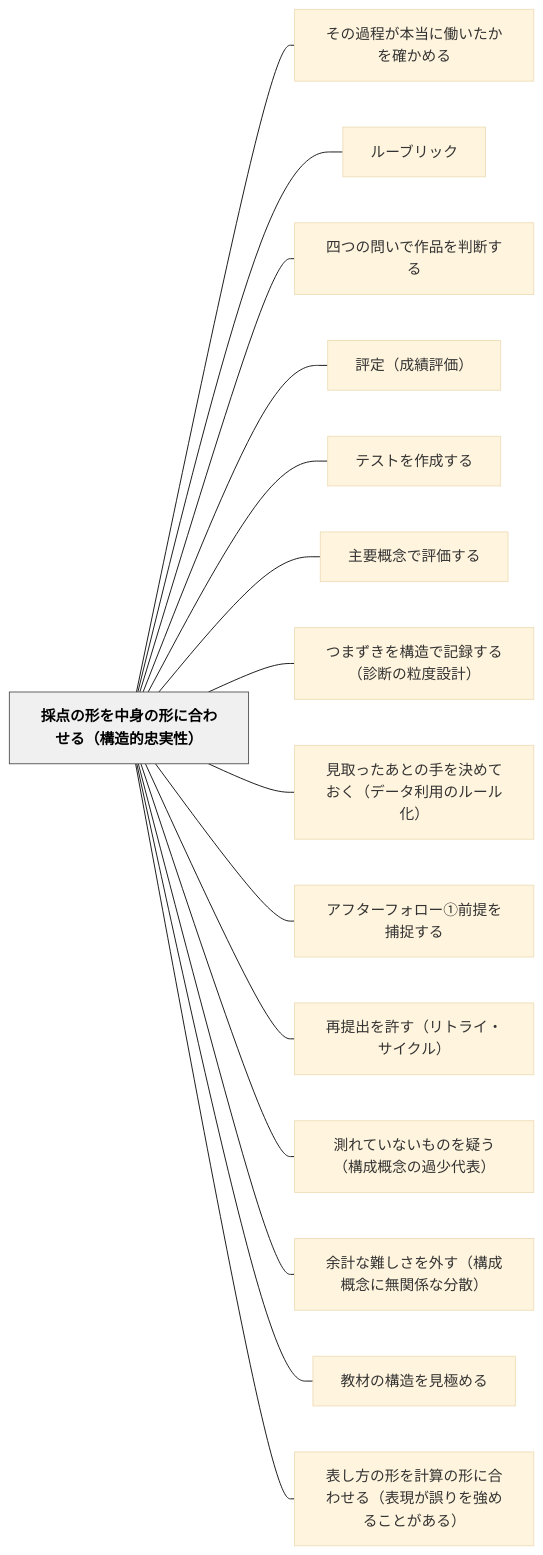
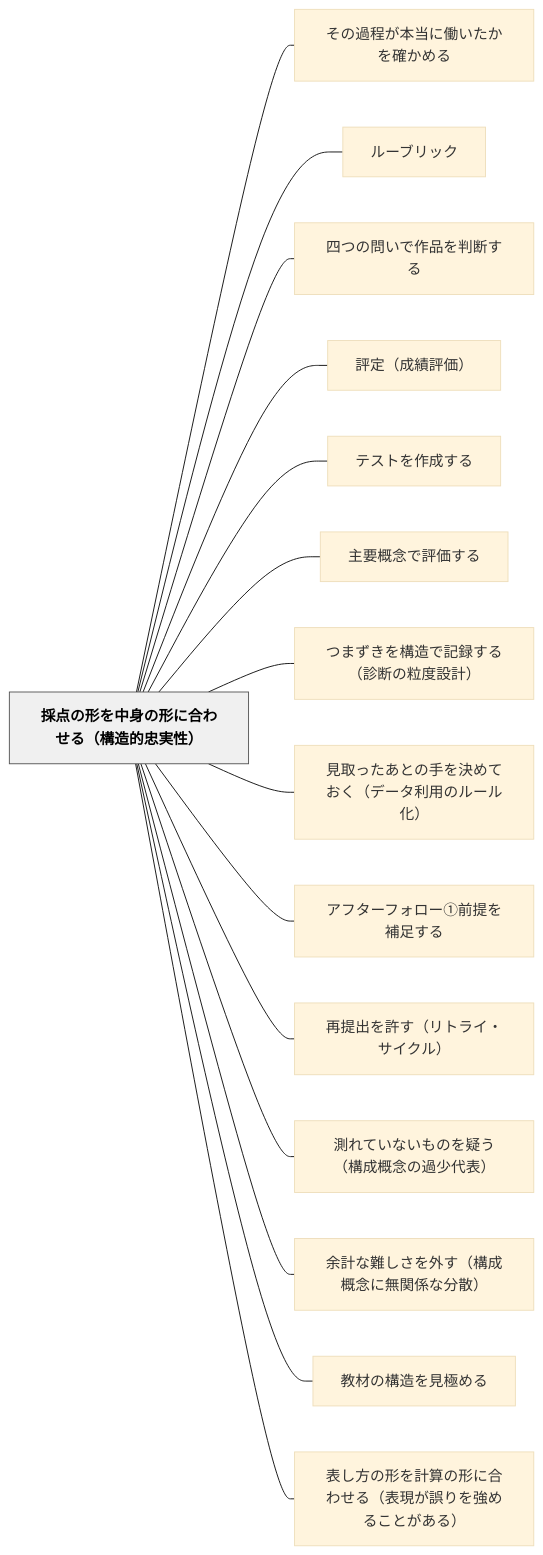
One commit to unknownthings-ed-patterns/unknownthings-ed-patterns changed the diagram in content/パタン/採点の形を中身の形に合わせる（構造的忠実性）.md. Above: the diagram before and after it, drawn with Mermaid (base theme). The commit also changed other lines of this file and 28 other files, not shown here.

````diff
--- a/content/パタン/採点の形を中身の形に合わせる（構造的忠実性）.md
+++ b/content/パタン/採点の形を中身の形に合わせる（構造的忠実性）.md
@@ -245,36 +245,36 @@
 ```mermaid
 flowchart LR
     ne68ea1e782b9e381aee5bda2e38292e4b8ade8baabe381aee5bda2e381abe59088e3828fe3819be3828befbc88e6a78be980a0e79a84e5bfa0e5ae9fe680a7efbc89["採点の形を中身の形に合わせる（構造的忠実性）"]
     ne3819de381aee9818ee7a88be3818ce69cace5bd93e381abe5838de38184e3819fe3818be38292e7a2bae3818be38281e3828b["その過程が本当に働いたかを確かめる"]
     ne383abe383bce38396e383aae38383e382af["ルーブリック"]
     ne59b9be381a4e381aee5958fe38184e381a7e4bd9ce59381e38292e588a4e696ade38199e3828b["四つの問いで作品を判断する"]
     ne8a995e5ae9aefbc88e68890e7b8bee8a995e4bea1efbc89["評定（成績評価）"]
     ne38386e382b9e38388e38292e4bd9ce68890e38199e3828b["テストを作成する"]
     ne4b8bbe8a681e6a682e5bfb5e381a7e8a995e4bea1e38199e3828b["主要概念で評価する"]
     ne381a4e381bee3819ae3818de38292e6a78be980a0e381a7e8a898e98cb2e38199e3828befbc88e8a8bae696ade381aee7b292e5baa6e8a8ade8a888efbc89["つまずきを構造で記録する（診断の粒度設計）"]
     ne8a68be58f96e381a3e3819fe38182e381a8e381aee6898be38292e6b1bae38281e381a6e3818ae3818fefbc88e38387e383bce382bfe588a9e794a8e381aee383abe383bce383abe58c96efbc89["見取ったあとの手を決めておく（データ利用のルール化）"]
-    ne382a2e38395e382bfe383bce38395e382a9e383ade383bce291a0e5898de68f90e38292e68d95e68d89e38199e3828b["アフターフォロー①前提を捕捉する"]
+    ne382a2e38395e382bfe383bce38395e382a9e383ade383bce291a0e5898de68f90e38292e8a39ce8b6b3e38199e3828b["アフターフォロー①前提を補足する"]
     ne5868de68f90e587bae38292e8a8b1e38199efbc88e383aae38388e383a9e382a4e383bbe382b5e382a4e382afe383abefbc89["再提出を許す（リトライ・サイクル）"]
     ne6b8ace3828ce381a6e38184e381aae38184e38282e381aee38292e79691e38186efbc88e6a78be68890e6a682e5bfb5e381aee9818ee5b091e4bba3e8a1a8efbc89["測れていないものを疑う（構成概念の過少代表）"]
     ne4bd99e8a888e381aae99ba3e38197e38195e38292e5a496e38199efbc88e6a78be68890e6a682e5bfb5e381abe784a1e996a2e4bf82e381aae58886e695a3efbc89["余計な難しさを外す（構成概念に無関係な分散）"]
     ne69599e69d90e381aee6a78be980a0e38292e8a68be6a5b5e38281e3828b["教材の構造を見極める"]
     ne8a1a8e38197e696b9e381aee5bda2e38292e8a888e7ae97e381aee5bda2e381abe59088e3828fe3819be3828befbc88e8a1a8e78fbee3818ce8aaa4e3828ae38292e5bcb7e38281e3828be38193e381a8e3818ce38182e3828befbc89["表し方の形を計算の形に合わせる（表現が誤りを強めることがある）"]
 
     ne68ea1e782b9e381aee5bda2e38292e4b8ade8baabe381aee5bda2e381abe59088e3828fe3819be3828befbc88e6a78be980a0e79a84e5bfa0e5ae9fe680a7efbc89 --- ne3819de381aee9818ee7a88be3818ce69cace5bd93e381abe5838de38184e3819fe3818be38292e7a2bae3818be38281e3828b
     ne68ea1e782b9e381aee5bda2e38292e4b8ade8baabe381aee5bda2e381abe59088e3828fe3819be3828befbc88e6a78be980a0e79a84e5bfa0e5ae9fe680a7efbc89 --- ne383abe383bce38396e383aae38383e382af
     ne68ea1e782b9e381aee5bda2e38292e4b8ade8baabe381aee5bda2e381abe59088e3828fe3819be3828befbc88e6a78be980a0e79a84e5bfa0e5ae9fe680a7efbc89 --- ne59b9be381a4e381aee5958fe38184e381a7e4bd9ce59381e38292e588a4e696ade38199e3828b
     ne68ea1e782b9e381aee5bda2e38292e4b8ade8baabe381aee5bda2e381abe59088e3828fe3819be3828befbc88e6a78be980a0e79a84e5bfa0e5ae9fe680a7efbc89 --- ne8a995e5ae9aefbc88e68890e7b8bee8a995e4bea1efbc89
     ne68ea1e782b9e381aee5bda2e38292e4b8ade8baabe381aee5bda2e381abe59088e3828fe3819be3828befbc88e6a78be980a0e79a84e5bfa0e5ae9fe680a7efbc89 --- ne38386e382b9e38388e38292e4bd9ce68890e38199e3828b
     ne68ea1e782b9e381aee5bda2e38292e4b8ade8baabe381aee5bda2e381abe59088e3828fe3819be3828befbc88e6a78be980a0e79a84e5bfa0e5ae9fe680a7efbc89 --- ne4b8bbe8a681e6a682e5bfb5e381a7e8a995e4bea1e38199e3828b
     ne68ea1e782b9e381aee5bda2e38292e4b8ade8baabe381aee5bda2e381abe59088e3828fe3819be3828befbc88e6a78be980a0e79a84e5bfa0e5ae9fe680a7efbc89 --- ne381a4e381bee3819ae3818de38292e6a78be980a0e381a7e8a898e98cb2e38199e3828befbc88e8a8bae696ade381aee7b292e5baa6e8a8ade8a888efbc89
     ne68ea1e782b9e381aee5bda2e38292e4b8ade8baabe381aee5bda2e381abe59088e3828fe3819be3828befbc88e6a78be980a0e79a84e5bfa0e5ae9fe680a7efbc89 --- ne8a68be58f96e381a3e3819fe38182e381a8e381aee6898be38292e6b1bae38281e381a6e3818ae3818fefbc88e38387e383bce382bfe588a9e794a8e381aee383abe383bce383abe58c96efbc89
-    ne68ea1e782b9e381aee5bda2e38292e4b8ade8baabe381aee5bda2e381abe59088e3828fe3819be3828befbc88e6a78be980a0e79a84e5bfa0e5ae9fe680a7efbc89 --- ne382a2e38395e382bfe383bce38395e382a9e383ade383bce291a0e5898de68f90e38292e68d95e68d89e38199e3828b
+    ne68ea1e782b9e381aee5bda2e38292e4b8ade8baabe381aee5bda2e381abe59088e3828fe3819be3828befbc88e6a78be980a0e79a84e5bfa0e5ae9fe680a7efbc89 --- ne382a2e38395e382bfe383bce38395e382a9e383ade383bce291a0e5898de68f90e38292e8a39ce8b6b3e38199e3828b
     ne68ea1e782b9e381aee5bda2e38292e4b8ade8baabe381aee5bda2e381abe59088e3828fe3819be3828befbc88e6a78be980a0e79a84e5bfa0e5ae9fe680a7efbc89 --- ne5868de68f90e587bae38292e8a8b1e38199efbc88e383aae38388e383a9e382a4e383bbe382b5e382a4e382afe383abefbc89
     ne68ea1e782b9e381aee5bda2e38292e4b8ade8baabe381aee5bda2e381abe59088e3828fe3819be3828befbc88e6a78be980a0e79a84e5bfa0e5ae9fe680a7efbc89 --- ne6b8ace3828ce381a6e38184e381aae38184e38282e381aee38292e79691e38186efbc88e6a78be68890e6a682e5bfb5e381aee9818ee5b091e4bba3e8a1a8efbc89
     ne68ea1e782b9e381aee5bda2e38292e4b8ade8baabe381aee5bda2e381abe59088e3828fe3819be3828befbc88e6a78be980a0e79a84e5bfa0e5ae9fe680a7efbc89 --- ne4bd99e8a888e381aae99ba3e38197e38195e38292e5a496e38199efbc88e6a78be68890e6a682e5bfb5e381abe784a1e996a2e4bf82e381aae58886e695a3efbc89
     ne68ea1e782b9e381aee5bda2e38292e4b8ade8baabe381aee5bda2e381abe59088e3828fe3819be3828befbc88e6a78be980a0e79a84e5bfa0e5ae9fe680a7efbc89 --- ne69599e69d90e381aee6a78be980a0e38292e8a68be6a5b5e38281e3828b
     ne68ea1e782b9e381aee5bda2e38292e4b8ade8baabe381aee5bda2e381abe59088e3828fe3819be3828befbc88e6a78be980a0e79a84e5bfa0e5ae9fe680a7efbc89 --- ne8a1a8e38197e696b9e381aee5bda2e38292e8a888e7ae97e381aee5bda2e381abe59088e3828fe3819be3828befbc88e8a1a8e78fbee3818ce8aaa4e3828ae38292e5bcb7e38281e3828be38193e381a8e3818ce38182e3828befbc89
 
     classDef hub fill:#f0f0f0,stroke:#555,color:#000,font-weight:bold
     class ne68ea1e782b9e381aee5bda2e38292e4b8ade8baabe381aee5bda2e381abe59088e3828fe3819be3828befbc88e6a78be980a0e79a84e5bfa0e5ae9fe680a7efbc89 hub
 ```
````
